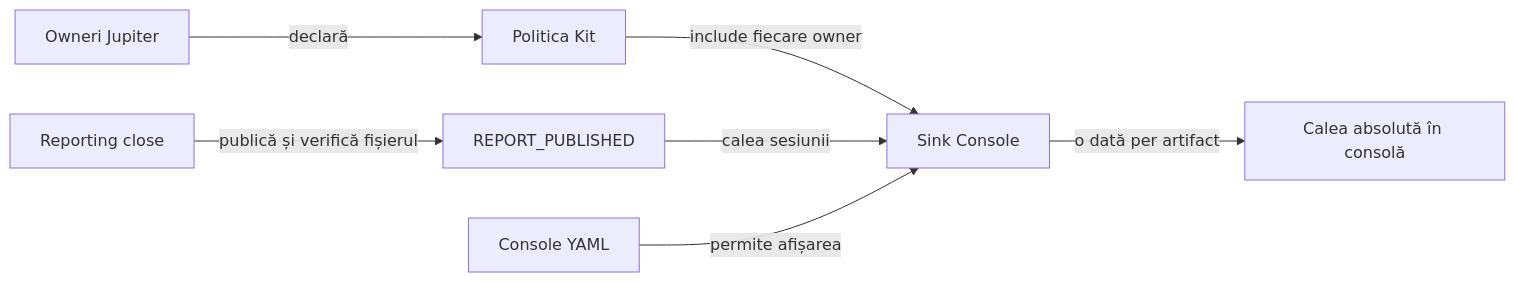
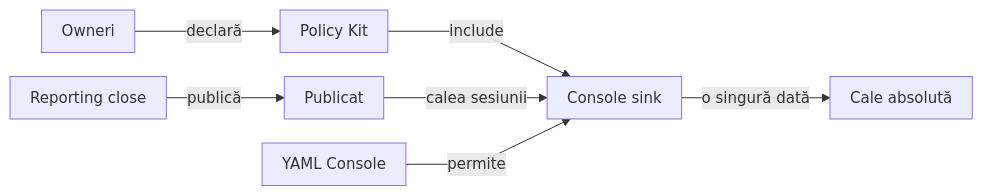
One commit to crististefanita/atf_j0 changed the second of 2 diagrams in atf-console/README.md. Above: the diagram before and after it, drawn with Mermaid. The commit also changed other lines of this file and 97 other files, not shown here.

````diff
--- a/atf-console/README.md
+++ b/atf-console/README.md
@@ -178,9 +188,10 @@
 ```mermaid
+%%{init: {"themeVariables":{"fontSize":"15px"},"themeCSS":".nodeLabel, .nodeLabel p { font-size: 15px !important; line-height: 1.35 !important; } .edgeLabel, .edgeLabel p { font-size: 12px !important; font-weight: 400 !important; line-height: 1.2 !important; } .edgeLabel .labelBkg, .edgeLabel p { background: transparent !important; } .edgeLabel foreignObject { transform: translateY(-18px); overflow: visible; } .node rect { rx: 6px; ry: 6px; }","flowchart":{"curve":"linear","nodeSpacing":24,"rankSpacing":40,"padding":10,"diagramPadding":16}}}%%
 flowchart LR
-    Owner["Owneri Jupiter"] -->|declară| Policy["Politica Kit"]
-    Policy -->|include fiecare owner| Sink["Sink Console"]
-    Session["Reporting close"] -->|publică și verifică fișierul| Final["REPORT_PUBLISHED"]
+    Owner["Owneri"] -->|declară| Policy["Policy Kit"]
+    Policy -->|include| Sink["Console sink"]
+    Session["Reporting close"] -->|publică| Final["Publicat"]
     Final -->|calea sesiunii| Sink
-    Yaml["Console YAML"] -->|permite afișarea| Sink
-    Sink -->|o dată per artifact| Output["Calea absolută în consolă"]
+    Yaml["YAML Console"] -->|permite| Sink
+    Sink -->|o singură dată| Output["Cale absolută"]
 ```
````
